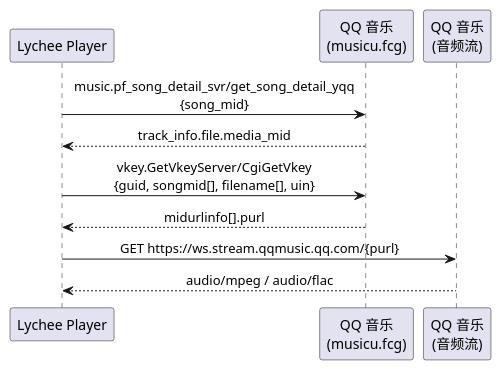
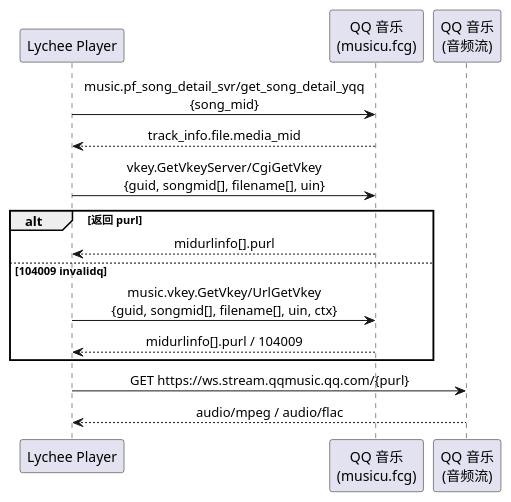
One commit to 54m43lJ/LycheePlayer changed the diagram in diagram/prov-play.puml. Above: the diagram before and after it, drawn with PlantUML. The commit also changed 8 other files, not shown here.

```diff
--- a/diagram/prov-play.puml
+++ b/diagram/prov-play.puml
@@ -1,15 +1,20 @@
 @startuml prov-play
 skinparam shadowing false
 skinparam defaultTextAlignment center
 
 participant "Lychee Player" as APP
 participant "QQ 音乐\n(musicu.fcg)" as API
 participant "QQ 音乐\n(音频流)" as STREAM
 
 APP -> API : music.pf_song_detail_svr/get_song_detail_yqq\n{song_mid}
 API --> APP : track_info.file.media_mid
 APP -> API : vkey.GetVkeyServer/CgiGetVkey\n{guid, songmid[], filename[], uin}
-API --> APP : midurlinfo[].purl
+alt 返回 purl
+  API --> APP : midurlinfo[].purl
+else 104009 invalidq
+  APP -> API : music.vkey.GetVkey/UrlGetVkey\n{guid, songmid[], filename[], uin, ctx}
+  API --> APP : midurlinfo[].purl / 104009
+end
 APP -> STREAM : GET https://ws.stream.qqmusic.qq.com/{purl}
 STREAM --> APP : audio/mpeg / audio/flac
 @enduml
```
